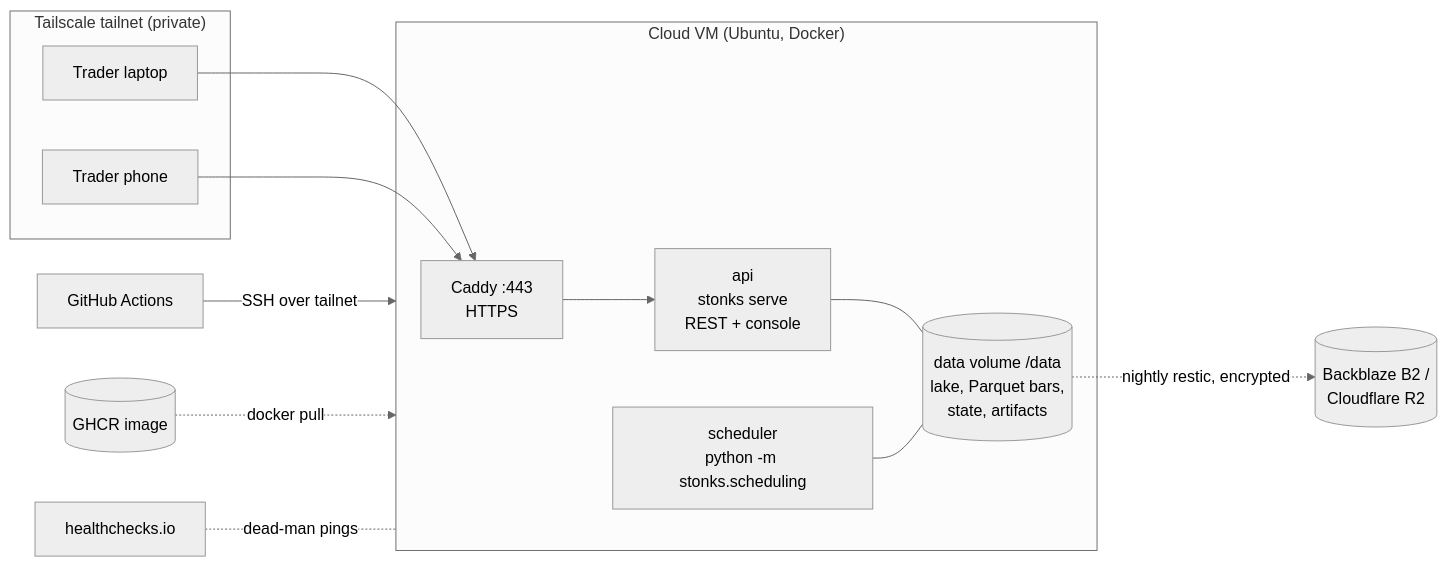
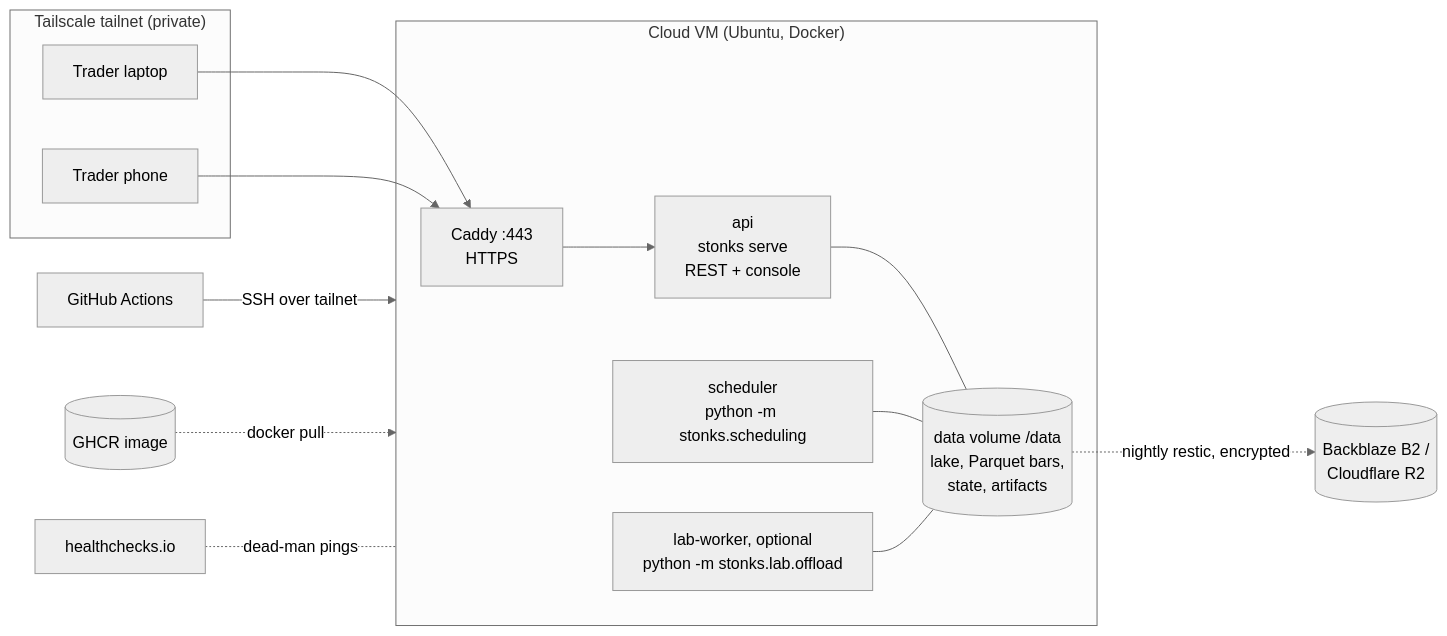
One commit to sleousis/Stonks changed the first of 5 diagrams in docs/deploy.md. Above: the diagram before and after it, drawn with Mermaid (neutral theme). The commit also changed other lines of this file and 259 other files, not shown here.

First line of the commit message:
Feature completeness, shorting strategies, engineering guards, lab offload (#21)

````diff
--- a/docs/deploy.md
+++ b/docs/deploy.md
@@ -7,22 +7,24 @@
 ```mermaid
 flowchart LR
   subgraph tailnet["Tailscale tailnet (private)"]
     T1[Trader laptop]
     T2[Trader phone]
   end
   subgraph vm["Cloud VM (Ubuntu, Docker)"]
     C[Caddy :443<br/>HTTPS]
     A[api<br/>stonks serve<br/>REST + console]
     S[scheduler<br/>python -m stonks.scheduling]
+    W[lab-worker, optional<br/>python -m stonks.lab.offload]
     V[("data volume /data<br/>lake, Parquet bars,<br/>state, artifacts")]
     C --> A
     A --- V
     S --- V
+    W --- V
   end
   T1 --> C
   T2 --> C
   GH[GitHub Actions] -- SSH over tailnet --> vm
   GHCR[(GHCR image)] -. docker pull .-> vm
   V -. nightly restic, encrypted .-> B[(Backblaze B2 /<br/>Cloudflare R2)]
   HC[healthchecks.io] -. dead-man pings .- vm
 ```
````
